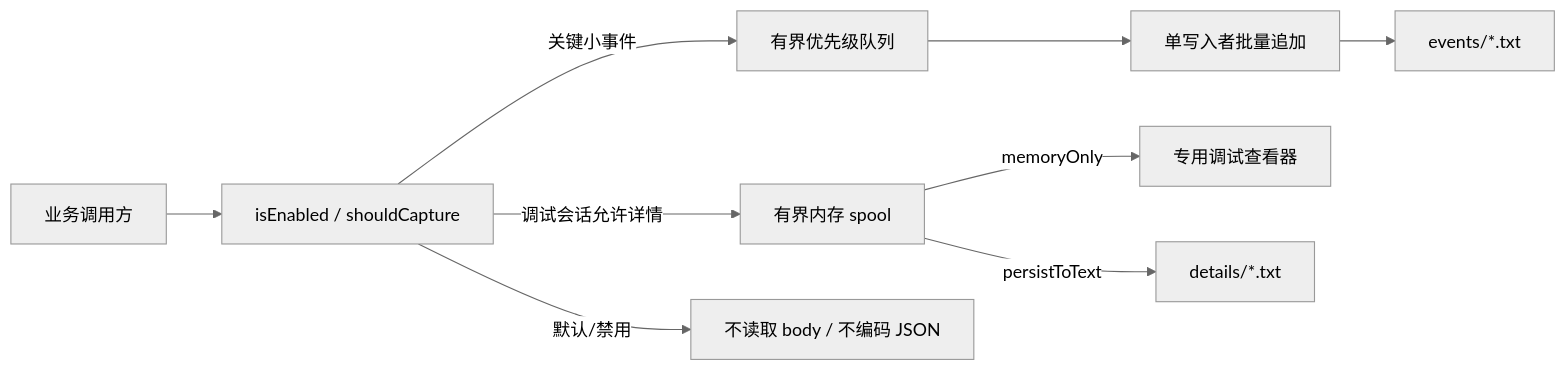
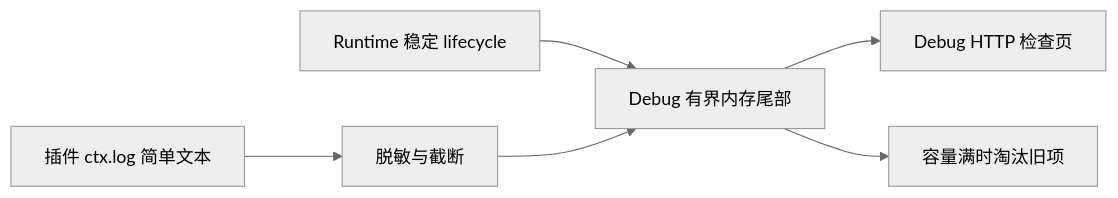
The diagram in docs/architecture/14-global-diagnostics-logging.md (lingy-Mg/mg_read), drawn with Mermaid (neutral theme) before and after one commit. The commit also changed other lines of this file and 80 other files, not shown here.

````diff
--- a/docs/architecture/14-global-diagnostics-logging.md
+++ b/docs/architecture/14-global-diagnostics-logging.md
@@ -19,13 +24,8 @@
 ```mermaid
 flowchart LR
-    CALLER["业务调用方"] --> GATE["isEnabled / shouldCapture"]
-    GATE -->|"关键小事件"| QUEUE["有界优先级队列"]
-    QUEUE --> WRITER["单写入者批量追加"]
-    WRITER --> EVENTS["events/*.txt"]
-
-    GATE -->|"调试会话允许详情"| SPOOL["有界内存 spool"]
-    SPOOL -->|"memoryOnly"| VIEW["专用调试查看器"]
-    SPOOL -->|"persistToText"| DETAIL["details/*.txt"]
-
-    GATE -->|"默认/禁用"| SKIP["不读取 body / 不编码 JSON"]
+    RUNTIME["Runtime 稳定 lifecycle"] --> BUFFER["Debug 有界内存尾部"]
+    PLUGIN["插件 ctx.log 简单文本"] --> REDACT["脱敏与截断"]
+    REDACT --> BUFFER
+    BUFFER --> VIEW["Debug HTTP 检查页"]
+    BUFFER --> DROP["容量满时淘汰旧项"]
 ```
````
